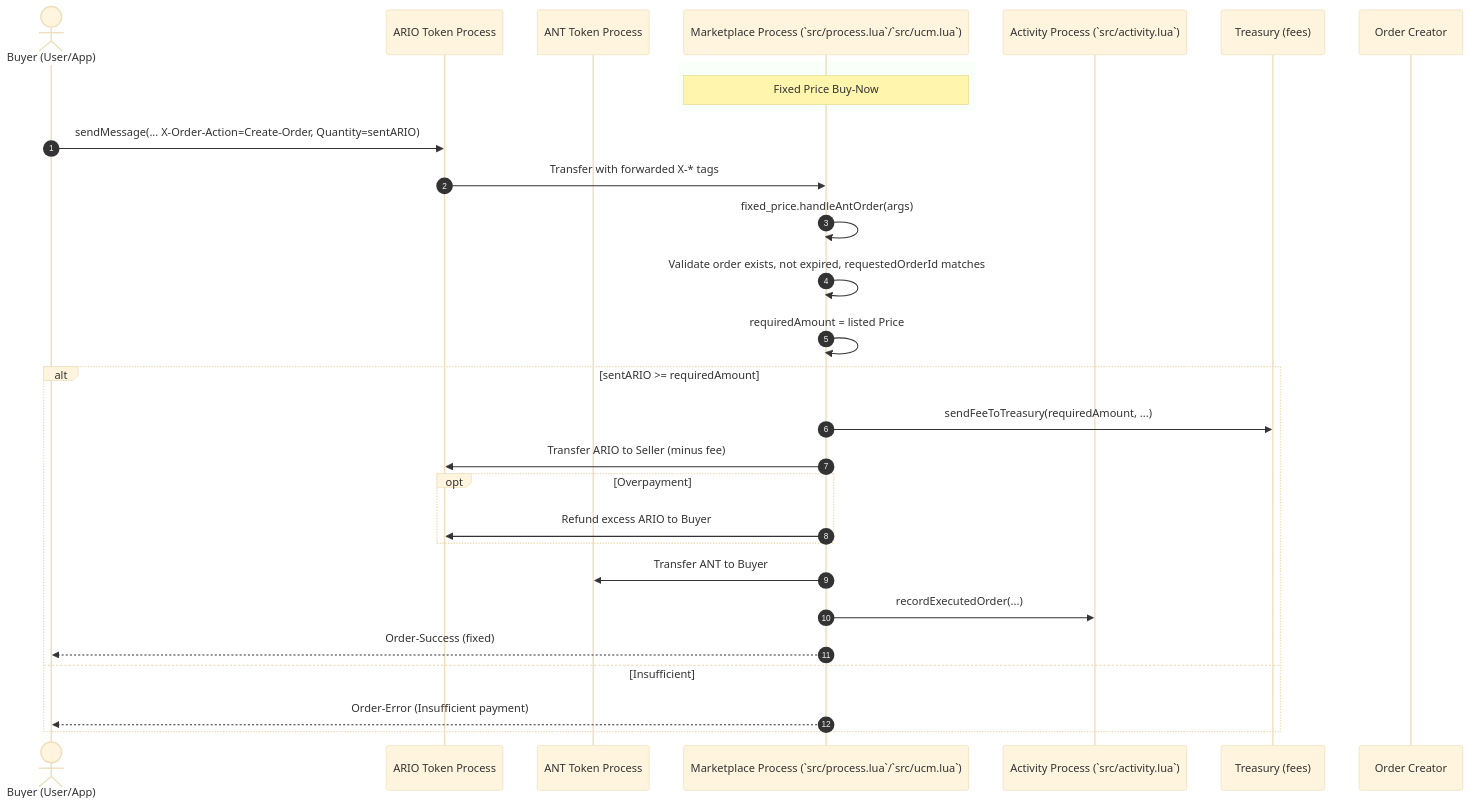
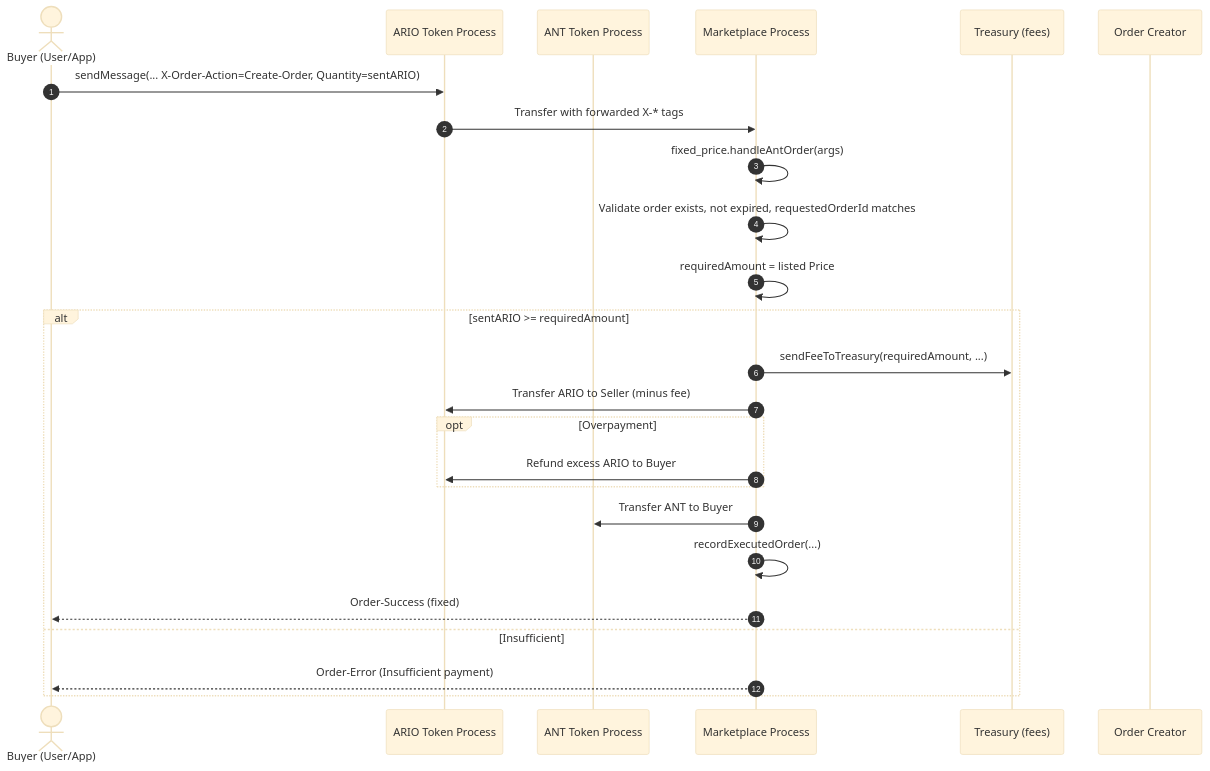
One commit to blockydevs/arns-marketplace-process changed the diagram in docs/fixed-price.md. Above: the diagram before and after it, drawn with Mermaid (base theme). The commit also changed 9 other files, not shown here.

````diff
--- a/docs/fixed-price.md
+++ b/docs/fixed-price.md
@@ -3,34 +3,29 @@
 ```mermaid
 sequenceDiagram
     autonumber
     actor Buyer as Buyer (User/App)
     participant ARIO as ARIO Token Process
     participant ANT as ANT Token Process
-    participant Market as Marketplace Process (`src/process.lua`/`src/ucm.lua`)
-    participant Activity as Activity Process (`src/activity.lua`)
+    participant Market as Marketplace Process
     participant Treasury as Treasury (fees)
     participant Seller as Order Creator
-
-    rect rgba(230,255,230,0.25)
-    Note over Market: Fixed Price Buy-Now
-    end
 
     Buyer->>ARIO: sendMessage(... X-Order-Action=Create-Order, Quantity=sentARIO)
     ARIO->>Market: Transfer with forwarded X-* tags
 
     Market->>Market: fixed_price.handleAntOrder(args)
     Market->>Market: Validate order exists, not expired, requestedOrderId matches
     Market->>Market: requiredAmount = listed Price
     alt sentARIO >= requiredAmount
         Market->>Treasury: sendFeeToTreasury(requiredAmount, ...)
         Market->>ARIO: Transfer ARIO to Seller (minus fee)
         opt Overpayment
             Market->>ARIO: Refund excess ARIO to Buyer
         end
         Market->>ANT: Transfer ANT to Buyer
-        Market->>Activity: recordExecutedOrder(...)
+        Market->>Market: recordExecutedOrder(...)
         Market-->>Buyer: Order-Success (fixed)
     else Insufficient
         Market-->>Buyer: Order-Error (Insufficient payment)
     end
 ```
````
